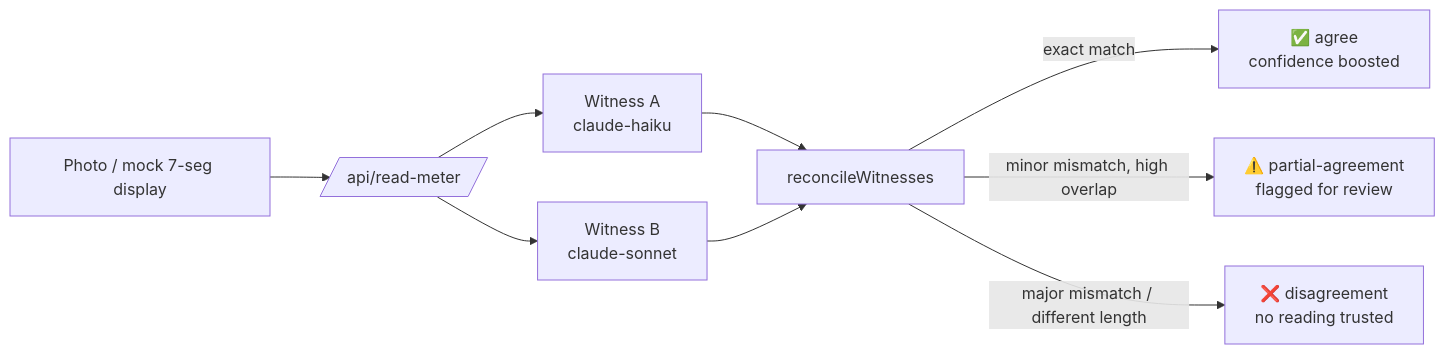
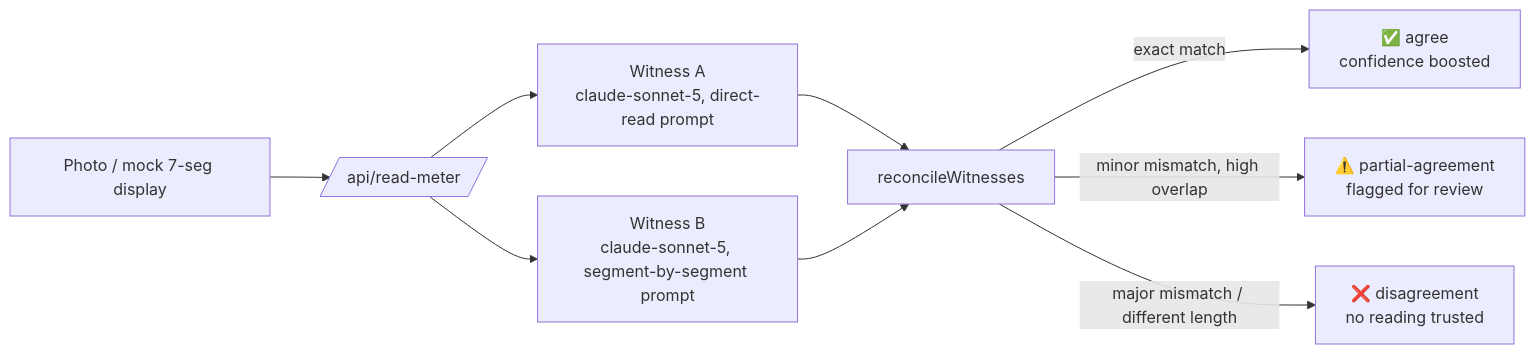
Before and after one commit to Shuumei/ocr-dual-witness-pipeline: the diagram in README.md, drawn with Mermaid. The commit also changed other lines of this file and 4 other files, not shown here.

````diff
--- a/README.md
+++ b/README.md
@@ -16,11 +16,11 @@
 ```mermaid
 flowchart LR
     A[Photo / mock 7-seg display] --> B[/api/read-meter/]
-    B --> C[Witness A\nclaude-haiku]
-    B --> D[Witness B\nclaude-sonnet]
+    B --> C["Witness A\nclaude-sonnet-5, direct-read prompt"]
+    B --> D["Witness B\nclaude-sonnet-5, segment-by-segment prompt"]
     C --> E[reconcileWitnesses]
     D --> E
     E -->|exact match| F[✅ agree\nconfidence boosted]
     E -->|minor mismatch, high overlap| G[⚠️ partial-agreement\nflagged for review]
     E -->|major mismatch / different length| H[❌ disagreement\nno reading trusted]
 ```
````
